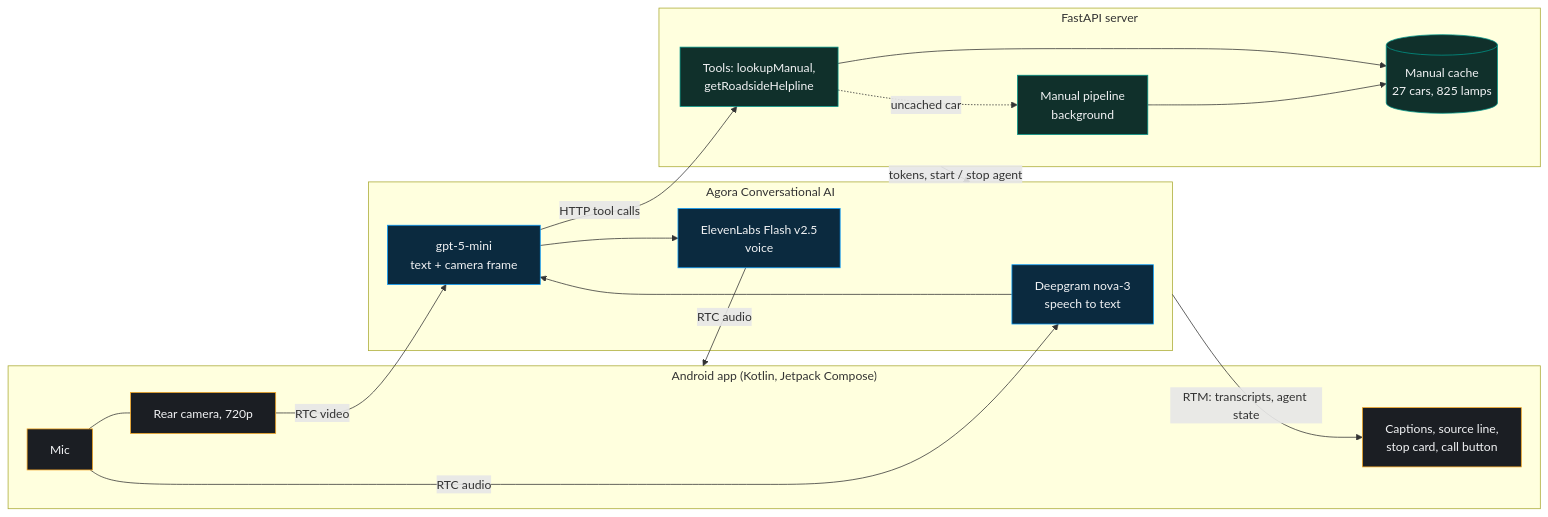
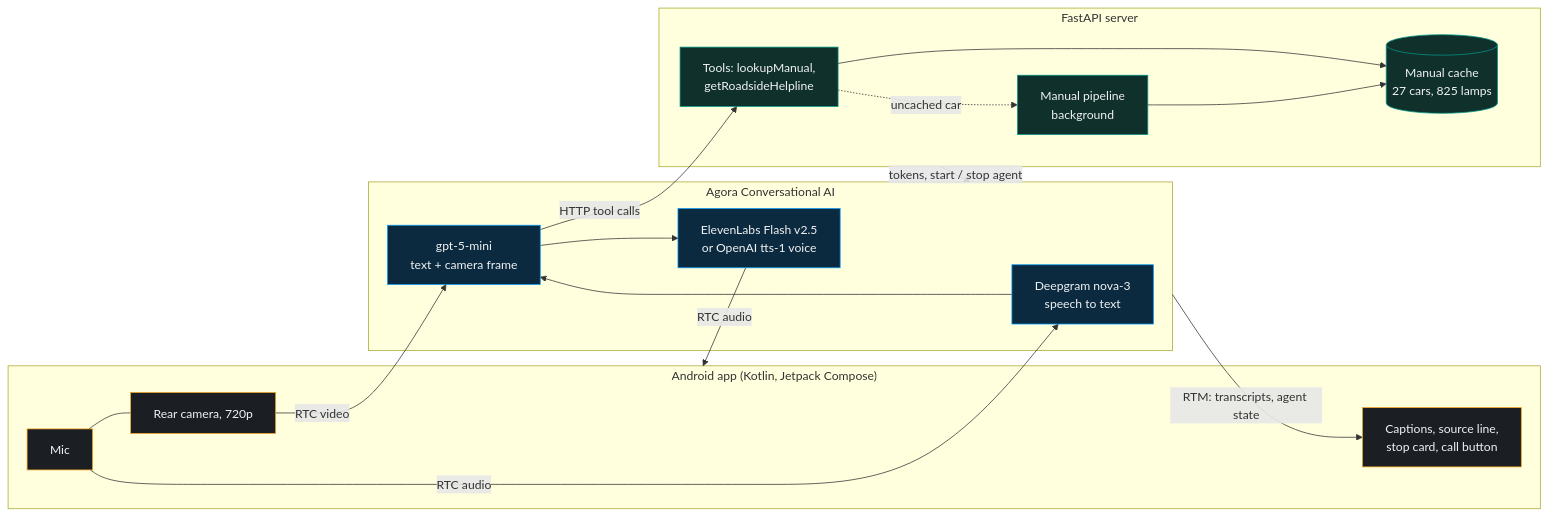
One commit to shubhh00/DashLens changed the diagram in README.md. Above: the diagram before and after it, drawn with Mermaid. The commit also changed other lines of this file and 4 other files, not shown here.

````diff
--- a/README.md
+++ b/README.md
@@ -93,29 +134,29 @@
 ```mermaid
 flowchart LR
     subgraph Phone["Android app (Kotlin, Jetpack Compose)"]
         Mic[Mic] --- Cam[Rear camera, 720p]
         UI[Captions, source line,<br/>stop card, call button]
     end
     subgraph Agora["Agora Conversational AI"]
-        ASR[Deepgram nova-3<br/>speech to text] --> LLM[gpt-5-mini<br/>text + camera frame] --> TTS[ElevenLabs Flash v2.5<br/>voice]
+        ASR[Deepgram nova-3<br/>speech to text] --> LLM[gpt-5-mini<br/>text + camera frame] --> TTS[ElevenLabs Flash v2.5<br/>or OpenAI tts-1 voice]
     end
     subgraph Server["FastAPI server"]
         Tools[Tools: lookupManual,<br/>getRoadsideHelpline]
         Cache[(Manual cache<br/>27 cars, 825 lamps)]
         Pipe[Manual pipeline<br/>background]
     end
     Mic -- RTC audio --> ASR
     Cam -- RTC video --> LLM
     TTS -- RTC audio --> Phone
     Agora -- RTM: transcripts, agent state --> UI
     LLM -- HTTP tool calls --> Tools
     Tools --> Cache
     Tools -. uncached car .-> Pipe --> Cache
     Server -- tokens, start / stop agent --> Agora
     classDef phone fill:#1B1E23,stroke:#F5A623,color:#F2F3F5
     classDef agora fill:#0B2A3F,stroke:#099DFD,color:#F2F3F5
     classDef server fill:#10302B,stroke:#009688,color:#F2F3F5
     class Mic,Cam,UI phone
     class ASR,LLM,TTS agora
     class Tools,Cache,Pipe server
 ```
````
